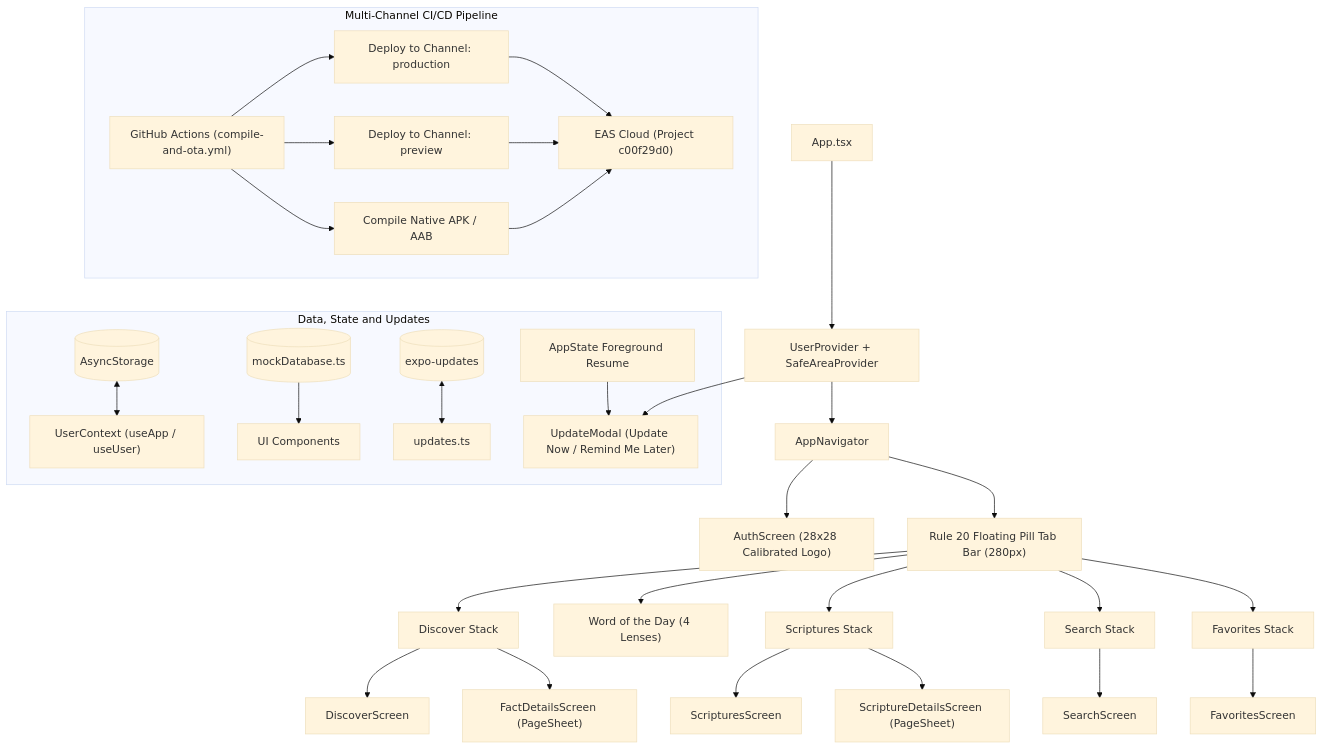
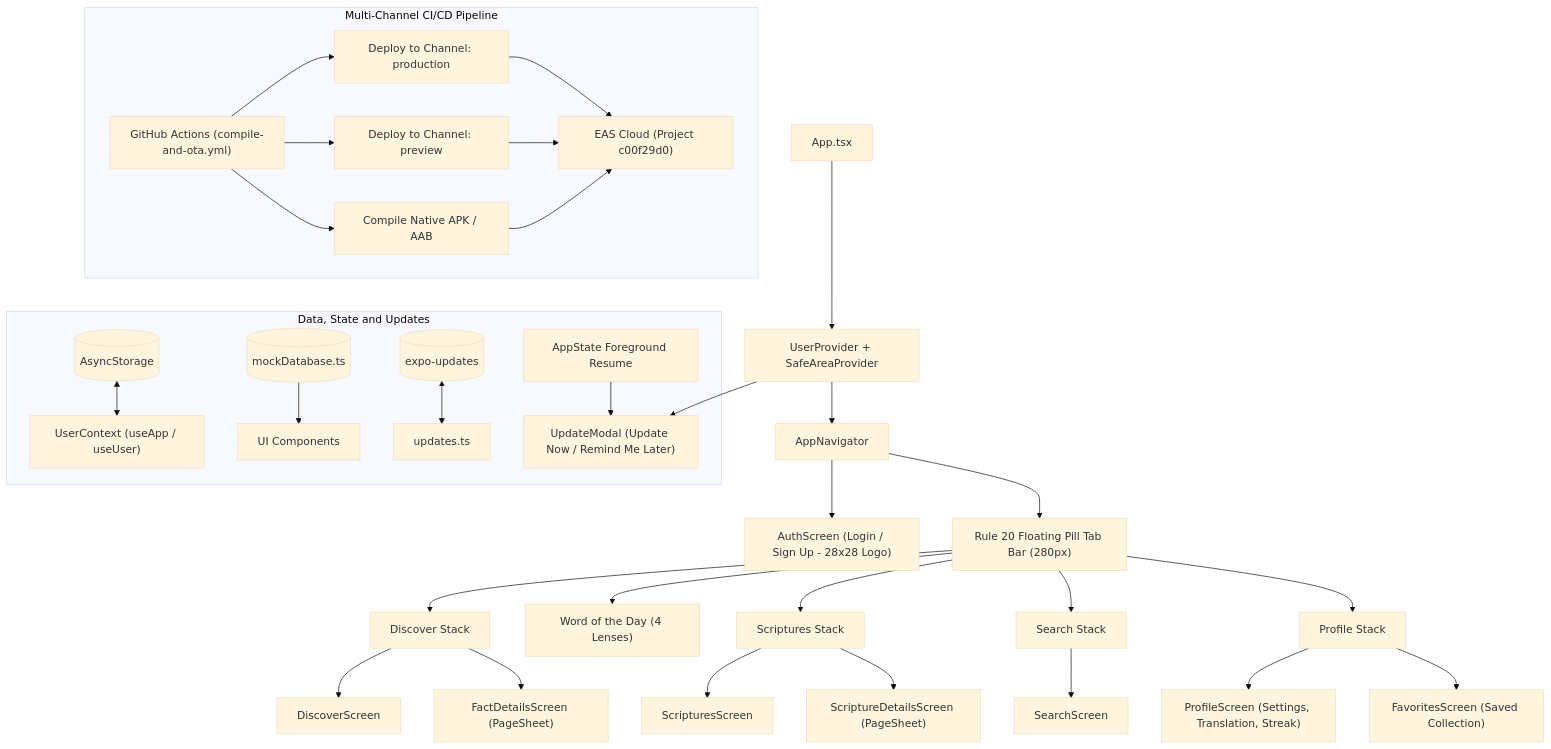
One commit to thulanesigasa/bible_fun_facts changed the diagram in README.md. Above: the diagram before and after it, drawn with Mermaid (base theme). The commit also changed other lines of this file and 8 other files, not shown here.

Commit message:
feat(profile): add profile tab, nest saved collection, add login/signup and migrate to pure SVGs (fixes #81, #82, #83, #84)

````diff
--- a/README.md
+++ b/README.md
@@ -25,41 +25,42 @@
 ```mermaid
 graph TD
     App["App.tsx"] --> Providers["UserProvider + SafeAreaProvider"]
     Providers --> Nav["AppNavigator"]
     Providers --> UpdateModal["UpdateModal (Update Now / Remind Me Later)"]
-    Nav --> Auth["AuthScreen (28x28 Calibrated Logo)"]
+    Nav --> Auth["AuthScreen (Login / Sign Up - 28x28 Logo)"]
     Nav --> Tabs["Rule 20 Floating Pill Tab Bar (280px)"]
     
     Tabs --> DiscoverStack["Discover Stack"]
     Tabs --> WOTDScreen["Word of the Day (4 Lenses)"]
     Tabs --> ScripturesStack["Scriptures Stack"]
     Tabs --> SearchStack["Search Stack"]
-    Tabs --> FavoritesStack["Favorites Stack"]
+    Tabs --> ProfileStack["Profile Stack"]
     
     DiscoverStack --> DiscoverMain["DiscoverScreen"]
     DiscoverStack --> FactDetails["FactDetailsScreen (PageSheet)"]
     
     ScripturesStack --> ScripturesMain["ScripturesScreen"]
     ScripturesStack --> ScriptureDetails["ScriptureDetailsScreen (PageSheet)"]
     
     SearchStack --> SearchMain["SearchScreen"]
-    FavoritesStack --> FavoritesMain["FavoritesScreen"]
+    ProfileStack --> ProfileMain["ProfileScreen (Settings, Translation, Streak)"]
+    ProfileStack --> FavoritesMain["FavoritesScreen (Saved Collection)"]
     
     subgraph DataUpdates["Data, State and Updates"]
         AsyncStorage[("AsyncStorage")] <--> UserContext["UserContext (useApp / useUser)"]
         MockDB[("mockDatabase.ts")] --> Components["UI Components"]
         ExpoUpdates[("expo-updates")] <--> UpdateService["updates.ts"]
         AppStateListener["AppState Foreground Resume"] --> UpdateModal
     end
     
     subgraph Pipeline["Multi-Channel CI/CD Pipeline"]
         GHA["GitHub Actions (compile-and-ota.yml)"]
         GHA --> ProdOTA["Deploy to Channel: production"]
         GHA --> PrevOTA["Deploy to Channel: preview"]
         GHA --> CompileJob["Compile Native APK / AAB"]
         EASCloud["EAS Cloud (Project c00f29d0)"]
         ProdOTA --> EASCloud
         PrevOTA --> EASCloud
         CompileJob --> EASCloud
     end
 ```
````
